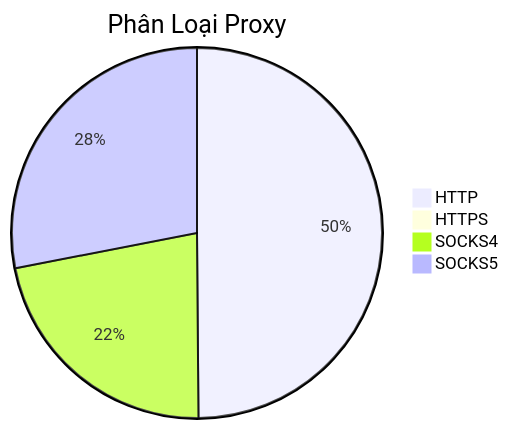
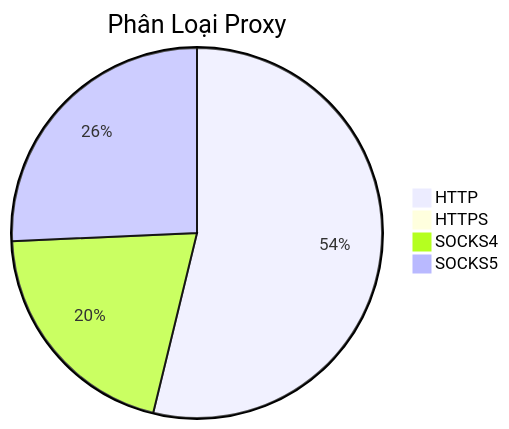
One commit to Ciara-12/PROXY-free changed the diagram in README.md. Above: the diagram before and after it, drawn with Mermaid. The commit also changed other lines of this file and 4 other files, not shown here.

````diff
--- a/README.md
+++ b/README.md
@@ -26,7 +26,7 @@
 ```mermaid
 pie title Phân Loại Proxy
-    "HTTP" : 585
-    "HTTPS" : 2
-    "SOCKS4" : 259
-    "SOCKS5" : 329
+    "HTTP" : 651
+    "HTTPS" : 1
+    "SOCKS4" : 248
+    "SOCKS5" : 311
 ```
````
